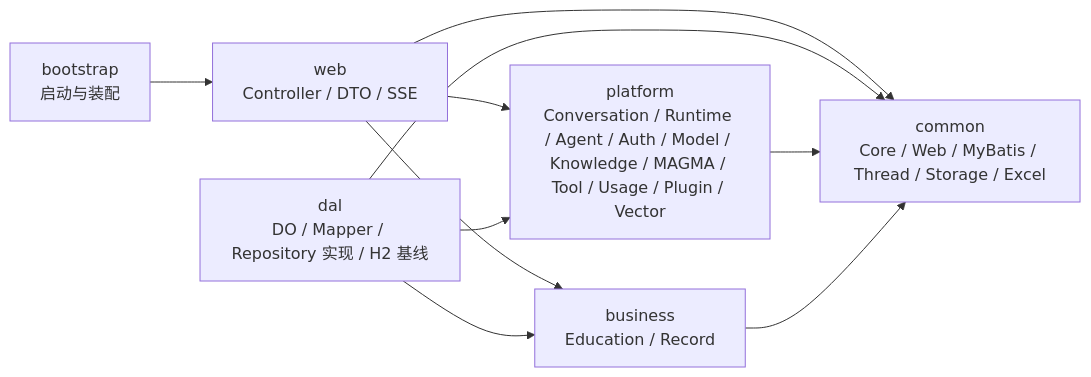
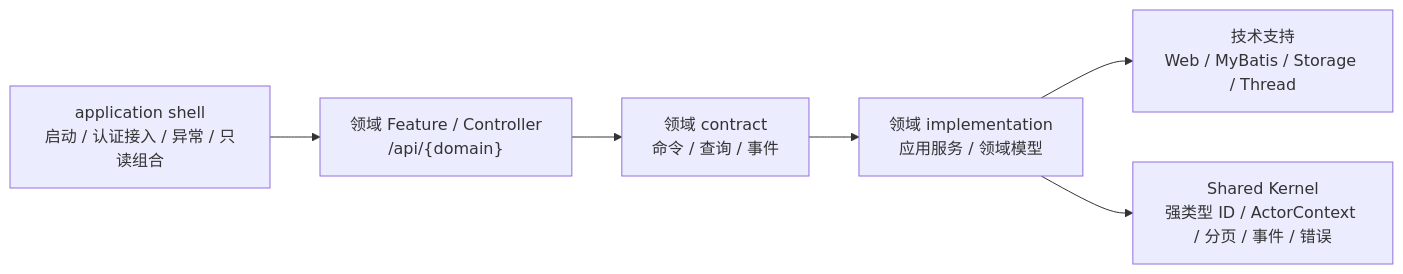
One commit to ShiRuYu/shiyu-ai changed the first of 2 diagrams in docs/技术文档.md. Above: the diagram before and after it, drawn with Mermaid. The commit also changed other lines of this file and 2109 other files, not shown here.

````diff
--- a/docs/技术文档.md
+++ b/docs/技术文档.md
@@ -28,12 +28,8 @@
 ```mermaid
 flowchart LR
-    BOOT["bootstrap\n启动与装配"] --> WEB["web\nController / DTO / SSE"]
-    WEB --> PLATFORM["platform\nConversation / Runtime / Agent / Auth / Model / Knowledge / MAGMA / Tool / Usage / Plugin / Vector"]
-    WEB --> BUSINESS["business\nEducation / Record"]
-    DAL["dal\nDO / Mapper / Repository 实现 / H2 基线"] --> PLATFORM
-    DAL --> BUSINESS
-    WEB --> COMMON["common\nCore / Web / MyBatis / Thread / Storage / Excel"]
-    DAL --> COMMON
-    PLATFORM --> COMMON
-    BUSINESS --> COMMON
+    SHELL["application shell\n启动 / 认证接入 / 异常 / 只读组合"] --> FEATURES["领域 Feature / Controller\n/api/{domain}"]
+    FEATURES --> CONTRACTS["领域 contract\n命令 / 查询 / 事件"]
+    CONTRACTS --> IMPLEMENTATIONS["领域 implementation\n应用服务 / 领域模型"]
+    IMPLEMENTATIONS --> SUPPORT["技术支持\nWeb / MyBatis / Storage / Thread"]
+    IMPLEMENTATIONS --> KERNEL["Shared Kernel\n强类型 ID / ActorContext / 分页 / 事件 / 错误"]
 ```
````
